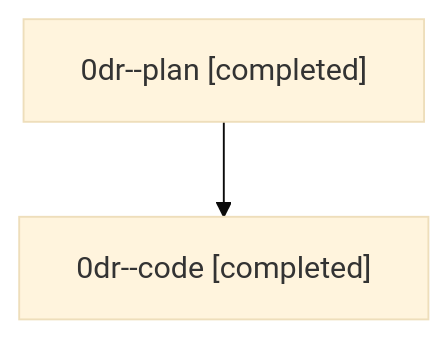
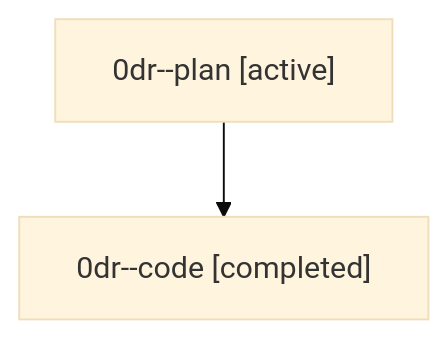
Before and after one commit to sase-org/sase--agents: the diagram in families/bbugyi200.athena.0dr.md, drawn with Mermaid (base theme). The commit also changed other lines of this file and 35830 other files, not shown here.

````diff
--- a/families/bbugyi200.athena.0dr.md
+++ b/families/bbugyi200.athena.0dr.md
@@ -9,6 +9,6 @@
 ```mermaid
 flowchart TD
-  n0["0dr--plan [completed]"]
+  n0["0dr--plan [active]"]
   n1["0dr--code [completed]"]
   n0 --> n1
 ```
````
